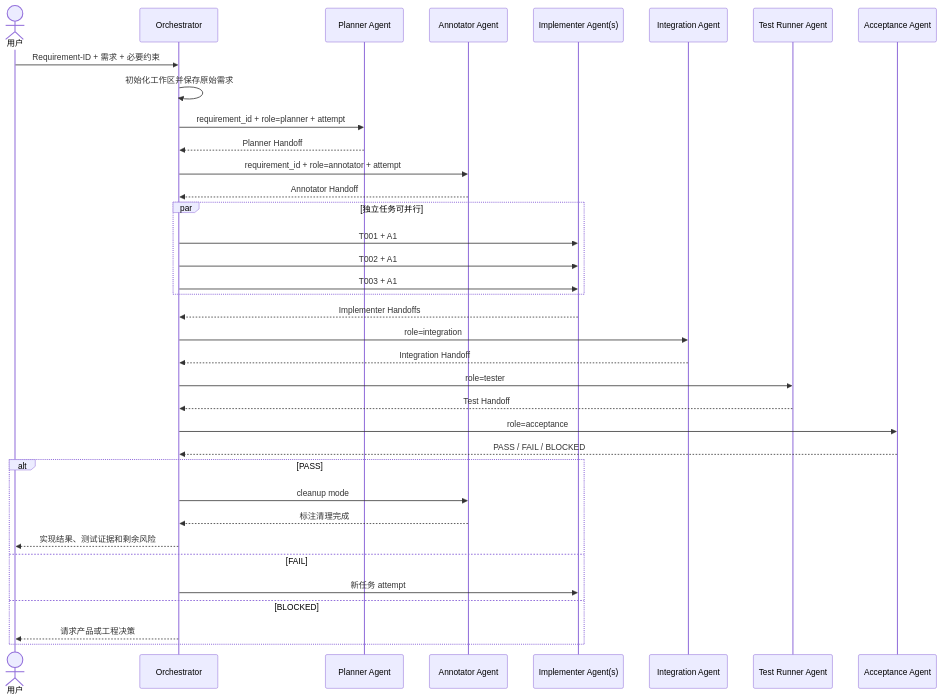
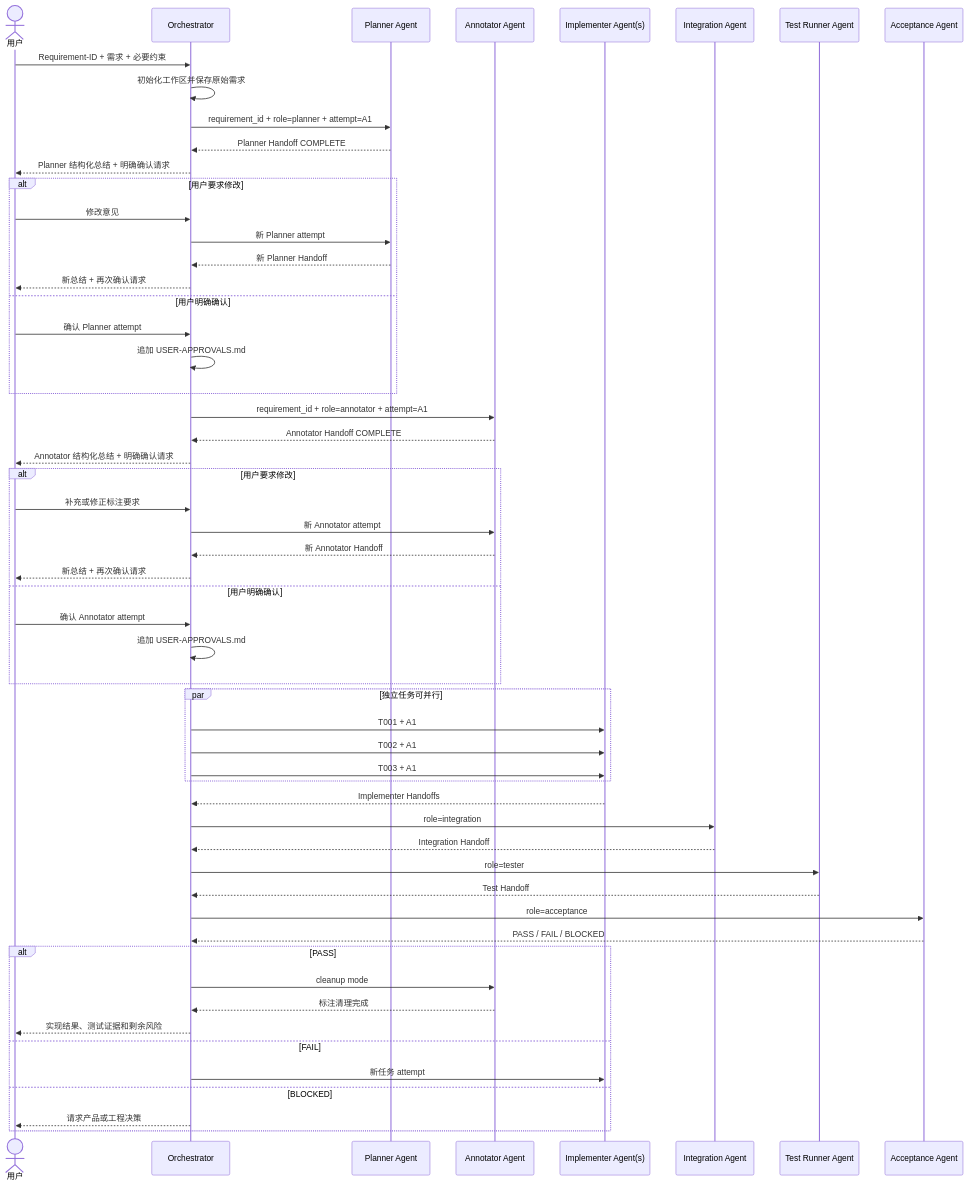
Before and after one commit to fzsquare/Annocode: the second of 2 diagrams in README.md, drawn with Mermaid. The commit also changed other lines of this file and 14 other files, not shown here.

```diff
--- a/README.md
+++ b/README.md
@@ -102,42 +122,65 @@
 ~~~mermaid
 sequenceDiagram
     actor User as 用户
     participant O as Orchestrator
     participant P as Planner Agent
     participant A as Annotator Agent
     participant I as Implementer Agent(s)
     participant G as Integration Agent
     participant T as Test Runner Agent
     participant R as Acceptance Agent
 
     User->>O: Requirement-ID + 需求 + 必要约束
     O->>O: 初始化工作区并保存原始需求
-    O->>P: requirement_id + role=planner + attempt
-    P-->>O: Planner Handoff
-    O->>A: requirement_id + role=annotator + attempt
-    A-->>O: Annotator Handoff
+    O->>P: requirement_id + role=planner + attempt=A1
+    P-->>O: Planner Handoff COMPLETE
+    O-->>User: Planner 结构化总结 + 明确确认请求
+
+    alt 用户要求修改
+        User->>O: 修改意见
+        O->>P: 新 Planner attempt
+        P-->>O: 新 Planner Handoff
+        O-->>User: 新总结 + 再次确认请求
+    else 用户明确确认
+        User->>O: 确认 Planner attempt
+        O->>O: 追加 USER-APPROVALS.md
+    end
+
+    O->>A: requirement_id + role=annotator + attempt=A1
+    A-->>O: Annotator Handoff COMPLETE
+    O-->>User: Annotator 结构化总结 + 明确确认请求
+
+    alt 用户要求修改
+        User->>O: 补充或修正标注要求
+        O->>A: 新 Annotator attempt
+        A-->>O: 新 Annotator Handoff
+        O-->>User: 新总结 + 再次确认请求
+    else 用户明确确认
+        User->>O: 确认 Annotator attempt
+        O->>O: 追加 USER-APPROVALS.md
+    end
 
     par 独立任务可并行
         O->>I: T001 + A1
         O->>I: T002 + A1
         O->>I: T003 + A1
     end
     I-->>O: Implementer Handoffs
 
     O->>G: role=integration
     G-->>O: Integration Handoff
     O->>T: role=tester
     T-->>O: Test Handoff
     O->>R: role=acceptance
     R-->>O: PASS / FAIL / BLOCKED
 
     alt PASS
         O->>A: cleanup mode
         A-->>O: 标注清理完成
         O-->>User: 实现结果、测试证据和剩余风险
     else FAIL
         O->>I: 新任务 attempt
     else BLOCKED
         O-->>User: 请求产品或工程决策
     end
 ~~~
```
